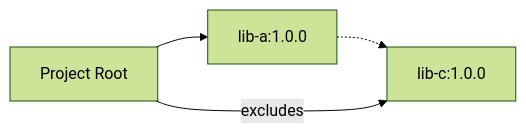
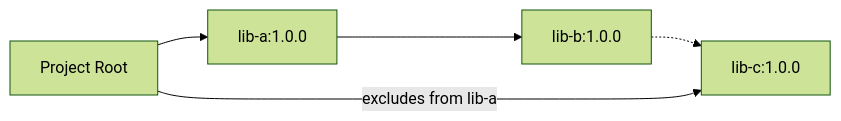
Before and after one commit to JavaDependencyHell/fieldguide: the diagram in demos/maven-demo/scenario-5-exclusions/guide.qmd, drawn with Mermaid (forest theme). The commit also changed other lines of this file and 208 other files, not shown here.

````diff
--- a/demos/maven-demo/scenario-5-exclusions/guide.qmd
+++ b/demos/maven-demo/scenario-5-exclusions/guide.qmd
@@ -21,7 +21,8 @@
 ```{mermaid}
 %%| fig-width: 4.4
 graph LR
     Root[Project Root] --> LibA[lib-a:1.0.0]
-    LibA -.-> LibC[lib-c:1.0.0]
-    Root -- excludes --> LibC
+    LibA --> LibB[lib-b:1.0.0]
+    LibB -.-> LibC[lib-c:1.0.0]
+    Root -- excludes from lib-a --> LibC
 ```
````
